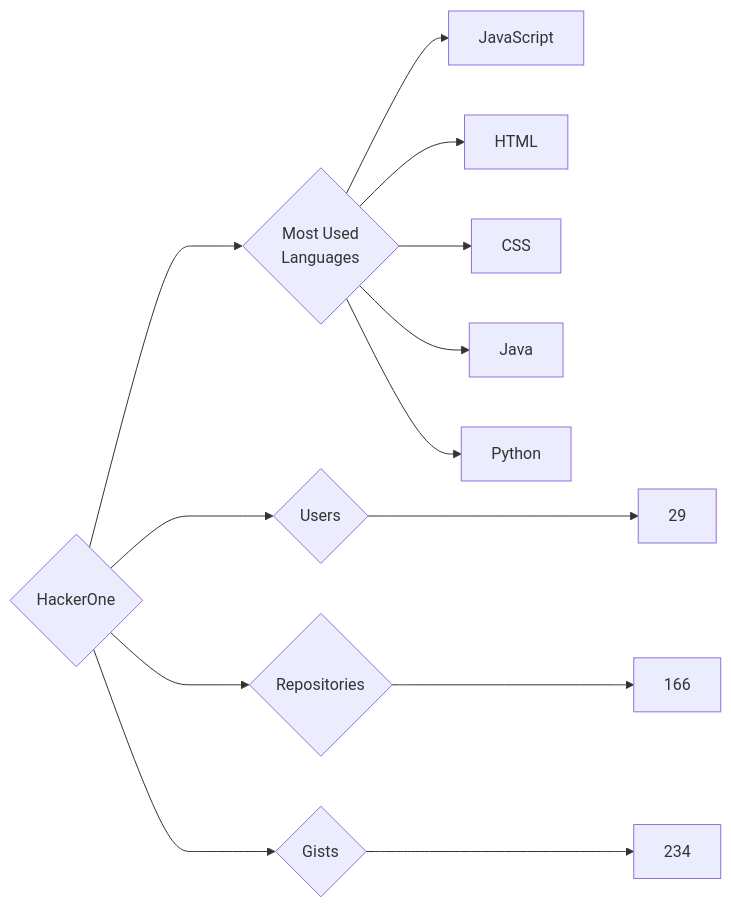
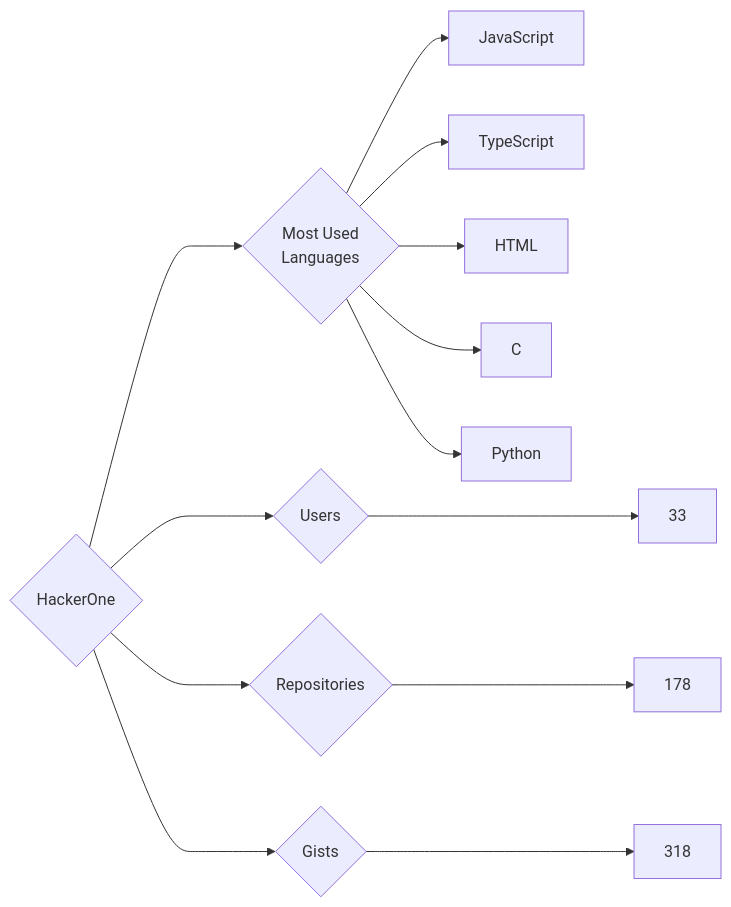
One commit to trickest/insiders changed the diagram in targets/HackerOne/README.md. Above: the diagram before and after it, drawn with Mermaid. The commit also changed 681 other files, not shown here.

````diff
--- a/targets/HackerOne/README.md
+++ b/targets/HackerOne/README.md
@@ -3,13 +3,13 @@
 ```mermaid
 graph LR
 COMPANY_NAME{HackerOne}
-COMPANY_NAME ---> U{Users} ---> UN[29]
-COMPANY_NAME ---> R{Repositories} ---> RN[166]
-COMPANY_NAME ---> G{Gists} ---> GN[234]
+COMPANY_NAME ---> U{Users} ---> UN[33]
+COMPANY_NAME ---> R{Repositories} ---> RN[178]
+COMPANY_NAME ---> G{Gists} ---> GN[318]
 COMPANY_NAME ---> ML{Most Used<br>Languages}
 ML --> JavaScript[JavaScript]
+ML --> TypeScript[TypeScript]
 ML --> HTML[HTML]
-ML --> CSS[CSS]
-ML --> Java[Java]
+ML --> C[C]
 ML --> Python[Python]
 ```
````
